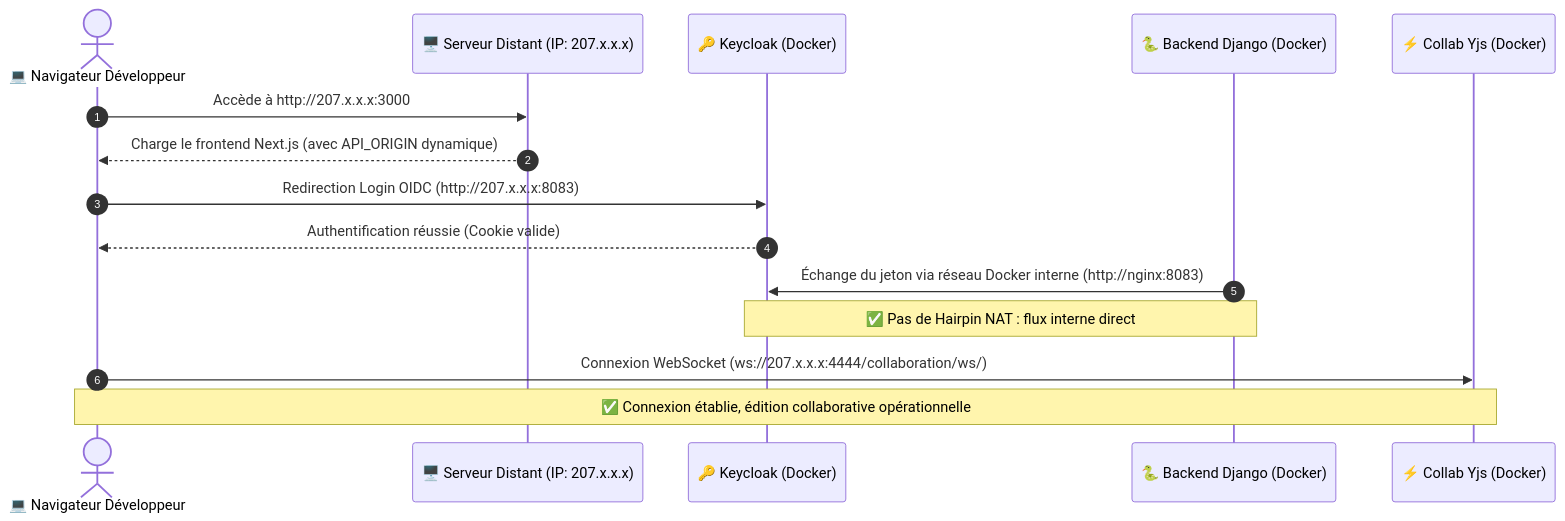
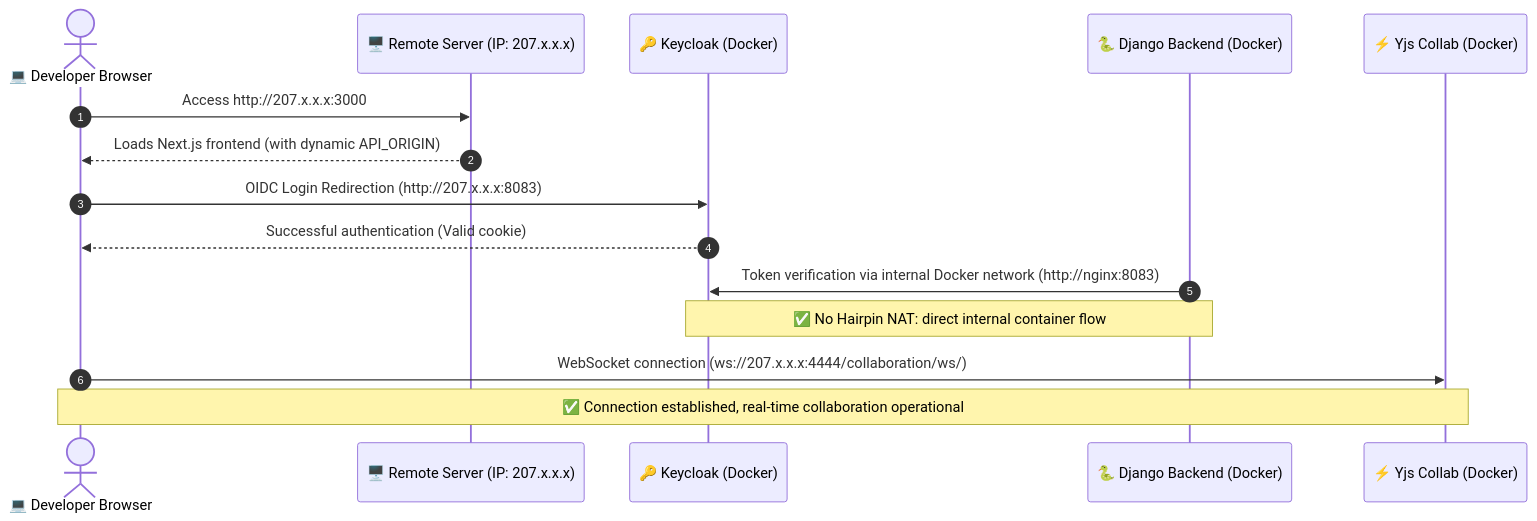
The diagram in PR/01-docs-serveur-config.md (waxland/dinum-setup), drawn with Mermaid before and after one commit. The commit also changed other lines of this file and 77 other files, not shown here.

````diff
--- a/PR/01-docs-serveur-config.md
+++ b/PR/01-docs-serveur-config.md
@@ -31,18 +31,18 @@
 ```mermaid
 sequenceDiagram
     autonumber
-    actor Dev as 💻 Navigateur Développeur
-    participant VM as 🖥️ Serveur Distant (IP: 207.x.x.x)
+    actor Dev as 💻 Developer Browser
+    participant VM as 🖥️ Remote Server (IP: 207.x.x.x)
     participant KC as 🔑 Keycloak (Docker)
-    participant Django as 🐍 Backend Django (Docker)
-    participant Yjs as ⚡ Collab Yjs (Docker)
+    participant Django as 🐍 Django Backend (Docker)
+    participant Yjs as ⚡ Yjs Collab (Docker)
 
-    Dev->>VM: Accède à http://207.x.x.x:3000
-    VM-->>Dev: Charge le frontend Next.js (avec API_ORIGIN dynamique)
-    Dev->>KC: Redirection Login OIDC (http://207.x.x.x:8083)
-    KC-->>Dev: Authentification réussie (Cookie valide)
-    Django->>KC: Échange du jeton via réseau Docker interne (http://nginx:8083)
-    Note over Django,KC: ✅ Pas de Hairpin NAT : flux interne direct
-    Dev->>Yjs: Connexion WebSocket (ws://207.x.x.x:4444/collaboration/ws/)
-    Note over Dev,Yjs: ✅ Connexion établie, édition collaborative opérationnelle
+    Dev->>VM: Access http://207.x.x.x:3000
+    VM-->>Dev: Loads Next.js frontend (with dynamic API_ORIGIN)
+    Dev->>KC: OIDC Login Redirection (http://207.x.x.x:8083)
+    KC-->>Dev: Successful authentication (Valid cookie)
+    Django->>KC: Token verification via internal Docker network (http://nginx:8083)
+    Note over Django,KC: ✅ No Hairpin NAT: direct internal container flow
+    Dev->>Yjs: WebSocket connection (ws://207.x.x.x:4444/collaboration/ws/)
+    Note over Dev,Yjs: ✅ Connection established, real-time collaboration operational
 ```
````
